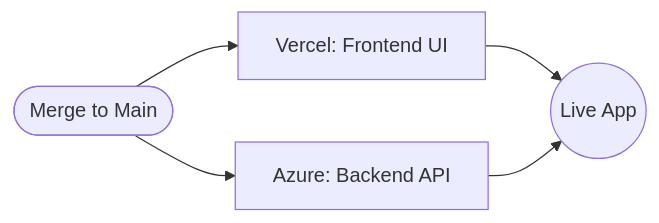
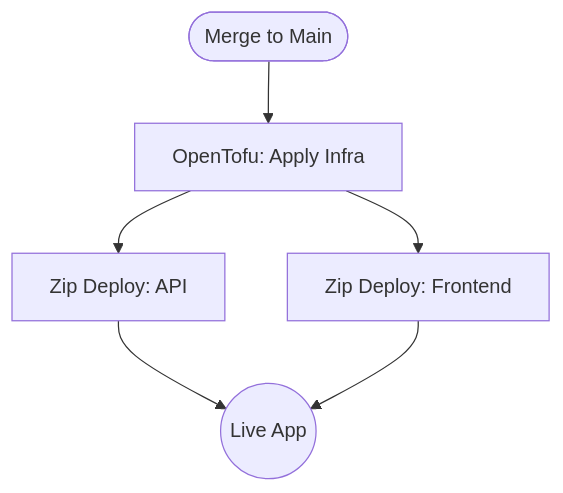
The second of 2 diagrams in docs/operations.md (victoriacheng15/cover-craft), drawn with Mermaid before and after one commit. The commit also changed other lines of this file and 5 other files, not shown here.

Commit message:
docs(architecture): update specs to reflect terraform iac and azure migration (#243)

````diff
--- a/docs/operations.md
+++ b/docs/operations.md
@@ -61,7 +52,8 @@
 ```mermaid
-graph LR
-    Main([Merge to Main]) --> Vercel[Vercel: Frontend UI]
-    Main --> Azure[Azure: Backend API]
-    Vercel --> Live((Live App))
-    Azure --> Live
+graph TD
+    Main([Merge to Main]) --> Tofu[OpenTofu: Apply Infra]
+    Tofu --> DeployAPI[Zip Deploy: API]
+    Tofu --> DeployUI[Zip Deploy: Frontend]
+    DeployAPI --> Live((Live App))
+    DeployUI --> Live
 ```
````
